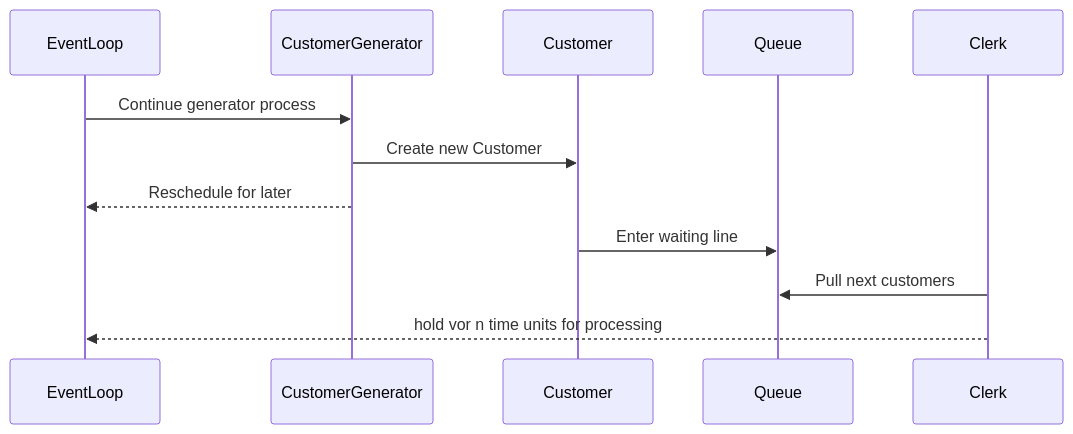
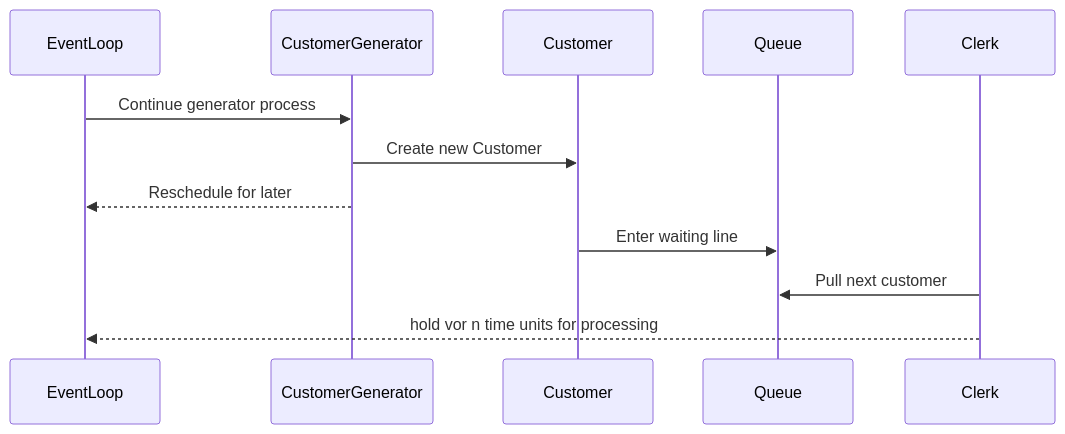
One commit to holgerbrandl/kalasim changed the diagram in docs/userguide/docs/component.md. Above: the diagram before and after it, drawn with Mermaid. The commit also changed other lines of this file and 3 other files, not shown here.

````diff
--- a/docs/userguide/docs/component.md
+++ b/docs/userguide/docs/component.md
@@ -76,10 +76,10 @@
 ```mermaid
 sequenceDiagram
 EventLoop->>CustomerGenerator: Continue generator process
 CustomerGenerator->>Customer: Create new Customer
 CustomerGenerator-->>EventLoop: Reschedule for later
 
 Customer->>Queue: Enter waiting line
-Clerk->>Queue: Pull next customers
+Clerk->>Queue: Pull next customer
 Clerk-->>EventLoop: hold vor n time units for processing
 ```
````
